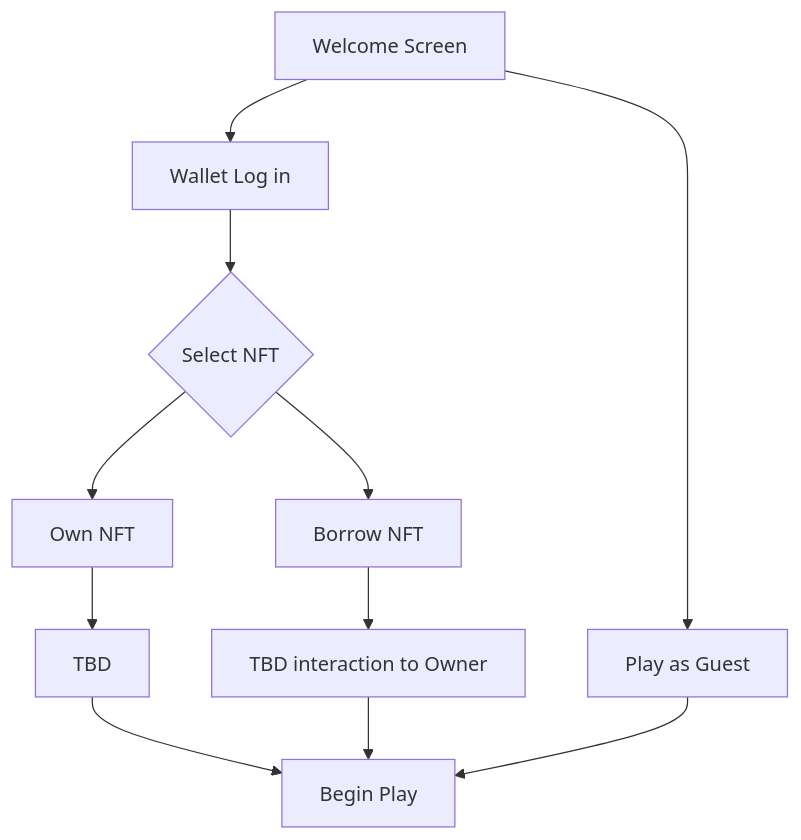
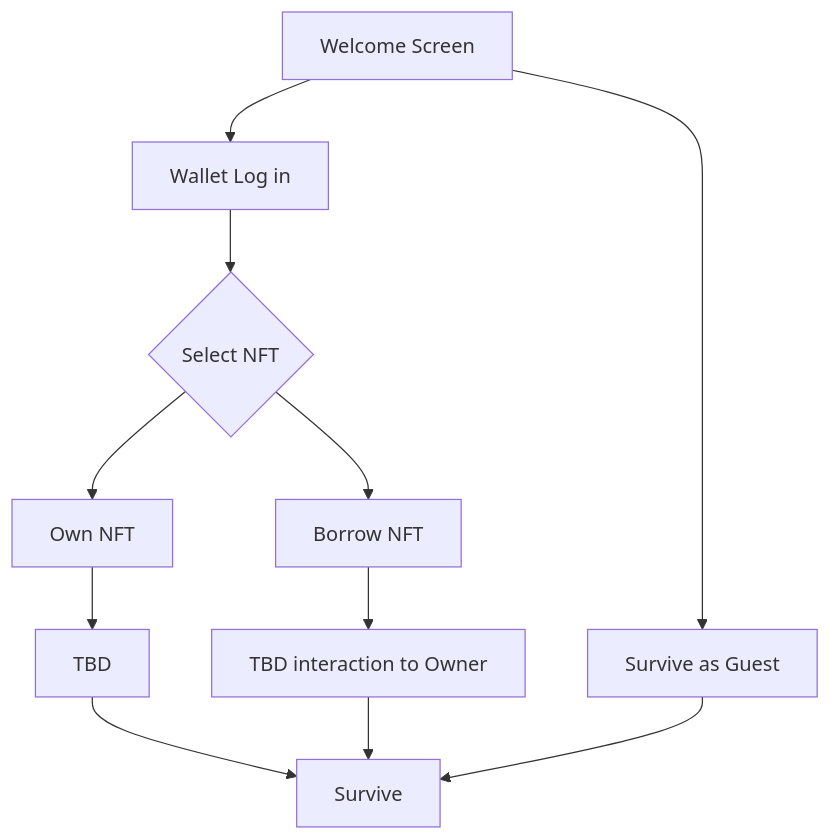
The second of 4 diagrams in README.md (OnChainSurvivor/OnChainSurvivor), drawn with Mermaid before and after one commit. The commit also changed other lines of this file, not shown here.

````diff
--- a/README.md
+++ b/README.md
@@ -126,13 +126,13 @@
   ```mermaid
   graph TD
 A[Welcome Screen] --> B[Wallet Log in]
-A --> C[Play as Guest]
+A --> C[Survive as Guest]
 B --> D{Select NFT}
 D --> E[Own NFT]
 D --> F[Borrow NFT]
 E --> G[TBD]
 F --> H[TBD interaction to Owner]
-G --> I[Begin Play]
+G --> I[Survive]
 H --> I
 C --> I
 ```
````
